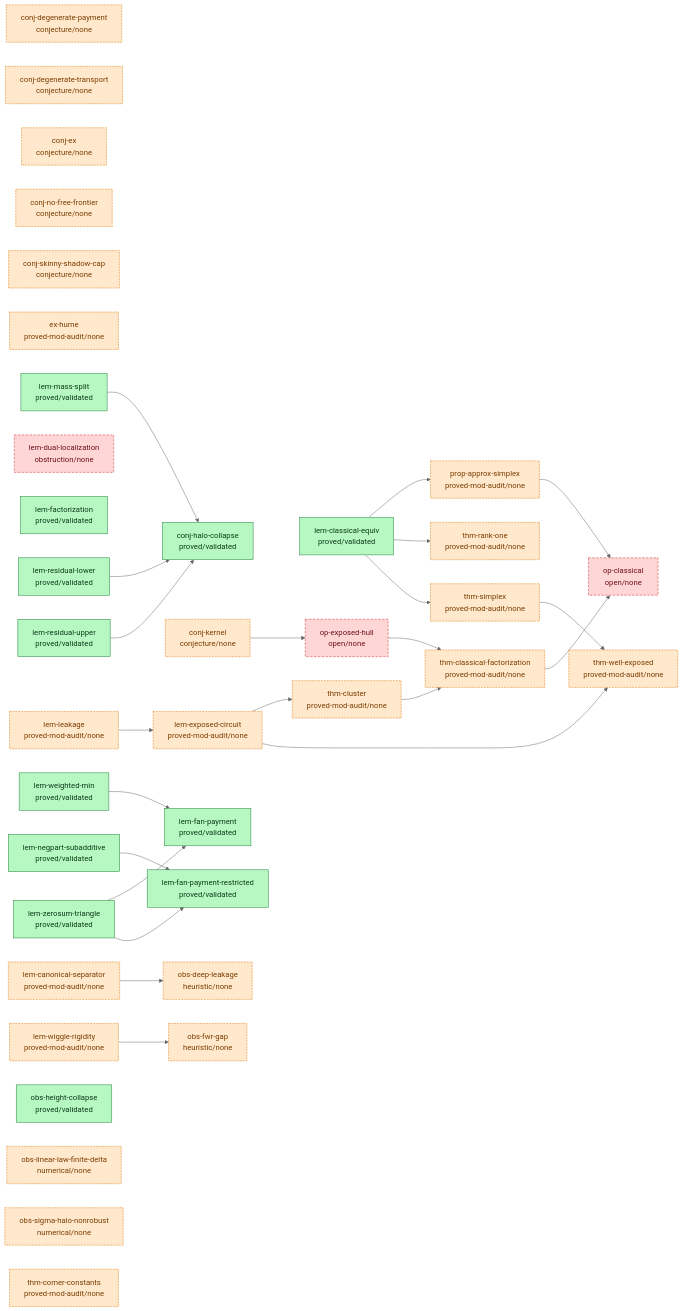
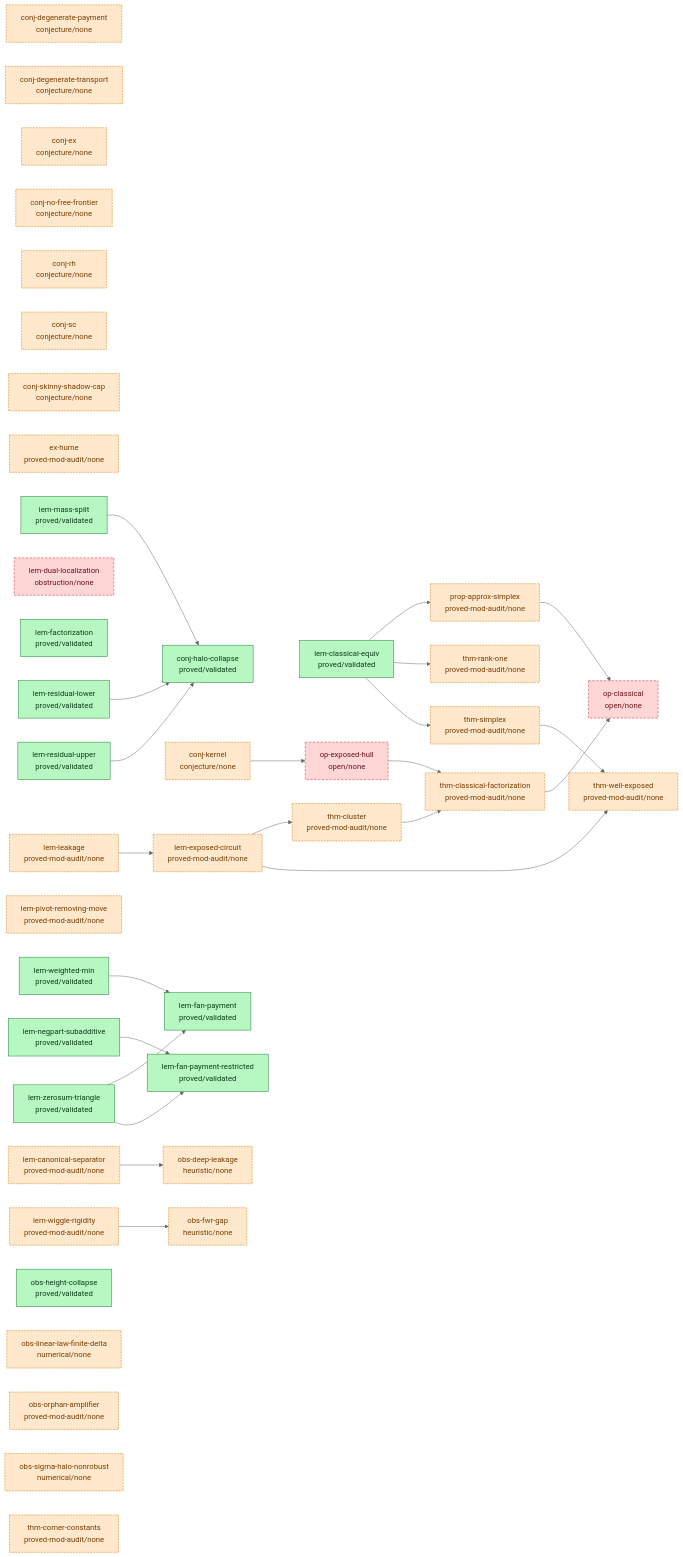
The diagram in argument/DAG.md (tobiasosborne/almost-idempotent-stochastic-maps), drawn with Mermaid (neutral theme) before and after one commit. The commit also changed other lines of this file and 8 other files, not shown here.

````diff
--- a/argument/DAG.md
+++ b/argument/DAG.md
@@ -6,71 +6,75 @@
 ```mermaid
 graph LR
   classDef validated fill:#b7f7c2,stroke:#1a7f37,color:#0b3d18;
   classDef proved fill:#cfe3ff,stroke:#0969da,color:#0a3069;
   classDef seeded fill:#fff3c4,stroke:#bf8700,color:#5a4500;
   classDef stated fill:#eaecef,stroke:#8b949e,color:#24292f;
   classDef cited fill:#e7d6ff,stroke:#8250df,color:#3b1a73;
   classDef nonrigorous fill:#ffe8cc,stroke:#d97706,color:#7a3d00,stroke-dasharray:4 2;
   classDef open fill:#ffd6d6,stroke:#cf222e,color:#6e1119,stroke-dasharray:5 3;
   conj-degenerate-payment["conj-degenerate-payment<br/>conjecture/none"]
   conj-degenerate-transport["conj-degenerate-transport<br/>conjecture/none"]
   conj-ex["conj-ex<br/>conjecture/none"]
   conj-halo-collapse["conj-halo-collapse<br/>proved/validated"]
   conj-kernel["conj-kernel<br/>conjecture/none"]
   conj-no-free-frontier["conj-no-free-frontier<br/>conjecture/none"]
+  conj-rh["conj-rh<br/>conjecture/none"]
+  conj-sc["conj-sc<br/>conjecture/none"]
   conj-skinny-shadow-cap["conj-skinny-shadow-cap<br/>conjecture/none"]
   ex-hume["ex-hume<br/>proved-mod-audit/none"]
   lem-canonical-separator["lem-canonical-separator<br/>proved-mod-audit/none"]
   lem-classical-equiv["lem-classical-equiv<br/>proved/validated"]
   lem-dual-localization["lem-dual-localization<br/>obstruction/none"]
   lem-exposed-circuit["lem-exposed-circuit<br/>proved-mod-audit/none"]
   lem-factorization["lem-factorization<br/>proved/validated"]
   lem-fan-payment["lem-fan-payment<br/>proved/validated"]
   lem-fan-payment-restricted["lem-fan-payment-restricted<br/>proved/validated"]
   lem-leakage["lem-leakage<br/>proved-mod-audit/none"]
   lem-mass-split["lem-mass-split<br/>proved/validated"]
   lem-negpart-subadditive["lem-negpart-subadditive<br/>proved/validated"]
+  lem-pivot-removing-move["lem-pivot-removing-move<br/>proved-mod-audit/none"]
   lem-residual-lower["lem-residual-lower<br/>proved/validated"]
   lem-residual-upper["lem-residual-upper<br/>proved/validated"]
   lem-weighted-min["lem-weighted-min<br/>proved/validated"]
   lem-wiggle-rigidity["lem-wiggle-rigidity<br/>proved-mod-audit/none"]
   lem-zerosum-triangle["lem-zerosum-triangle<br/>proved/validated"]
   obs-deep-leakage["obs-deep-leakage<br/>heuristic/none"]
   obs-fwr-gap["obs-fwr-gap<br/>heuristic/none"]
   obs-height-collapse["obs-height-collapse<br/>proved/validated"]
   obs-linear-law-finite-delta["obs-linear-law-finite-delta<br/>numerical/none"]
+  obs-orphan-amplifier["obs-orphan-amplifier<br/>proved-mod-audit/none"]
   obs-sigma-halo-nonrobust["obs-sigma-halo-nonrobust<br/>numerical/none"]
   op-classical["op-classical<br/>open/none"]
   op-exposed-hull["op-exposed-hull<br/>open/none"]
   prop-approx-simplex["prop-approx-simplex<br/>proved-mod-audit/none"]
   thm-classical-factorization["thm-classical-factorization<br/>proved-mod-audit/none"]
   thm-cluster["thm-cluster<br/>proved-mod-audit/none"]
   thm-corner-constants["thm-corner-constants<br/>proved-mod-audit/none"]
   thm-rank-one["thm-rank-one<br/>proved-mod-audit/none"]
   thm-simplex["thm-simplex<br/>proved-mod-audit/none"]
   thm-well-exposed["thm-well-exposed<br/>proved-mod-audit/none"]
   conj-kernel --> op-exposed-hull
   lem-canonical-separator --> obs-deep-leakage
   lem-classical-equiv --> prop-approx-simplex
   lem-classical-equiv --> thm-rank-one
   lem-classical-equiv --> thm-simplex
   lem-exposed-circuit --> thm-cluster
   lem-exposed-circuit --> thm-well-exposed
   lem-leakage --> lem-exposed-circuit
   lem-mass-split --> conj-halo-collapse
   lem-negpart-subadditive --> lem-fan-payment-restricted
   lem-residual-lower --> conj-halo-collapse
   lem-residual-upper --> conj-halo-collapse
   lem-weighted-min --> lem-fan-payment
   lem-wiggle-rigidity --> obs-fwr-gap
   lem-zerosum-triangle --> lem-fan-payment
   lem-zerosum-triangle --> lem-fan-payment-restricted
   op-exposed-hull --> thm-classical-factorization
   prop-approx-simplex --> op-classical
   thm-classical-factorization --> op-classical
   thm-cluster --> thm-classical-factorization
   thm-simplex --> thm-well-exposed
   class conj-halo-collapse,lem-classical-equiv,lem-factorization,lem-fan-payment,lem-fan-payment-restricted,lem-mass-split,lem-negpart-subadditive,lem-residual-lower,lem-residual-upper,lem-weighted-min,lem-zerosum-triangle,obs-height-collapse validated;
-  class conj-degenerate-payment,conj-degenerate-transport,conj-ex,conj-kernel,conj-no-free-frontier,conj-skinny-shadow-cap,ex-hume,lem-canonical-separator,lem-exposed-circuit,lem-leakage,lem-wiggle-rigidity,obs-deep-leakage,obs-fwr-gap,obs-linear-law-finite-delta,obs-sigma-halo-nonrobust,prop-approx-simplex,thm-classical-factorization,thm-cluster,thm-corner-constants,thm-rank-one,thm-simplex,thm-well-exposed nonrigorous;
+  class conj-degenerate-payment,conj-degenerate-transport,conj-ex,conj-kernel,conj-no-free-frontier,conj-rh,conj-sc,conj-skinny-shadow-cap,ex-hume,lem-canonical-separator,lem-exposed-circuit,lem-leakage,lem-pivot-removing-move,lem-wiggle-rigidity,obs-deep-leakage,obs-fwr-gap,obs-linear-law-finite-delta,obs-orphan-amplifier,obs-sigma-halo-nonrobust,prop-approx-simplex,thm-classical-factorization,thm-cluster,thm-corner-constants,thm-rank-one,thm-simplex,thm-well-exposed nonrigorous;
   class lem-dual-localization,op-classical,op-exposed-hull open;
 ```
````
